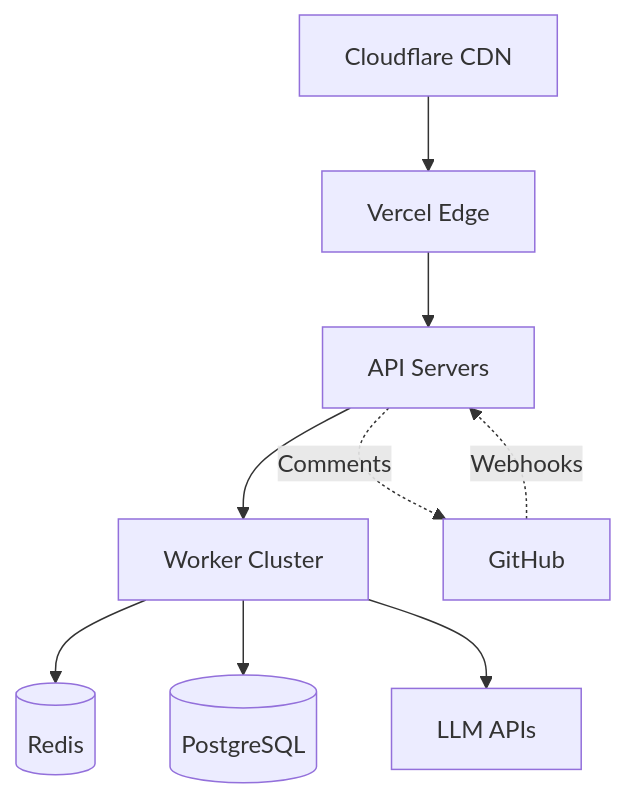
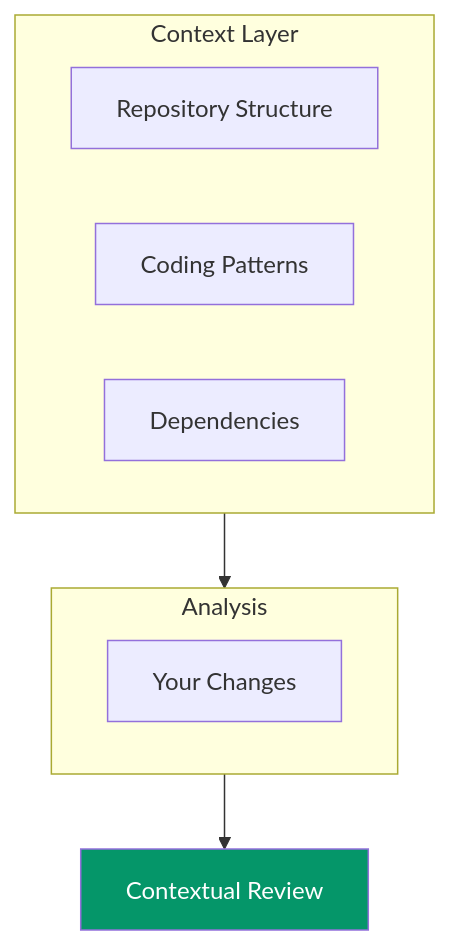
One commit to piyushrai02/mesraidoc changed the third of 4 diagrams in pages/introduction/core-architecture.mdx. Above: the diagram before and after it, drawn with Mermaid. The commit also changed other lines of this file and 54 other files, not shown here.

````diff
--- a/pages/introduction/core-architecture.mdx
+++ b/pages/introduction/core-architecture.mdx
@@ -243,12 +84,17 @@
 ```mermaid
-graph TB
-    A[Cloudflare CDN] --> B[Vercel Edge]
-    B --> C[API Servers]
-    C --> D[Worker Cluster]
-    D --> E[(Redis)]
-    D --> F[(PostgreSQL)]
-    D --> G[LLM APIs]
-    
-    H[GitHub] -.->|Webhooks| C
-    C -.->|Comments| H
+flowchart TB
+    subgraph context[Context Layer]
+        A[Repository Structure]
+        B[Coding Patterns]
+        C[Dependencies]
+    end
+
+    subgraph analysis[Analysis]
+        D[Your Changes]
+    end
+
+    context --> analysis
+    analysis --> E[Contextual Review]
+
+    style E fill:#059669,color:#fff
 ```
````
